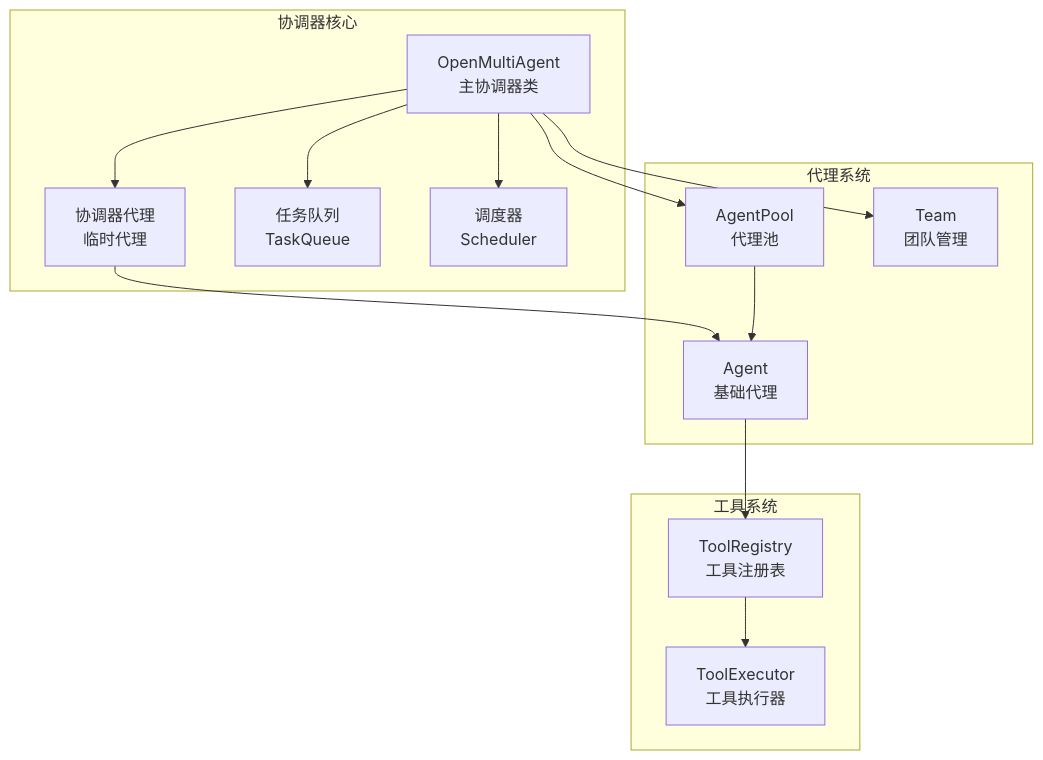
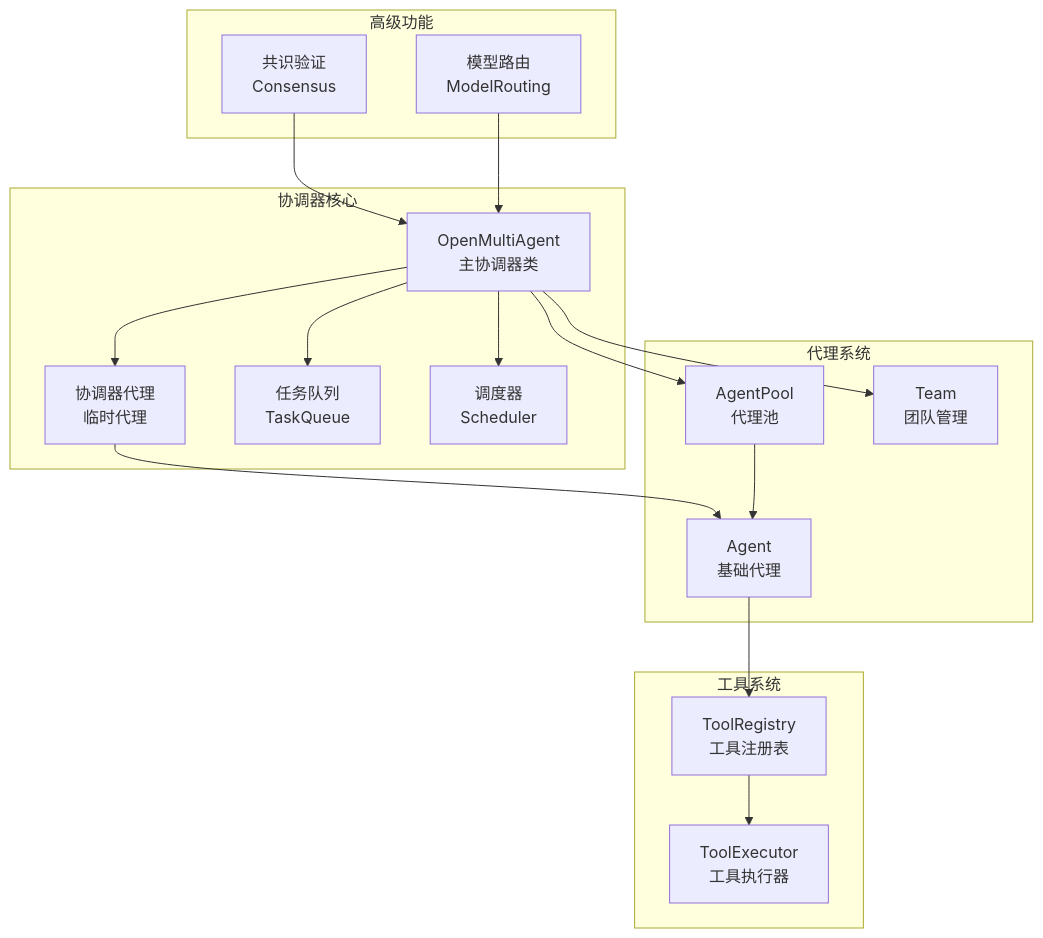
Before and after one commit to haolange/open-multi-agent: the first of 9 diagrams in .qoder/repowiki/zh/content/核心概念/协调器模式.md, drawn with Mermaid. The commit also changed other lines of this file and 7 other files, not shown here.

````diff
--- a/.qoder/repowiki/zh/content/核心概念/协调器模式.md
+++ b/.qoder/repowiki/zh/content/核心概念/协调器模式.md
@@ -40,27 +58,33 @@
 ```mermaid
 graph TB
 subgraph "协调器核心"
 OM[OpenMultiAgent<br/>主协调器类]
 CO[协调器代理<br/>临时代理]
 PQ[任务队列<br/>TaskQueue]
 SCH[调度器<br/>Scheduler]
 end
 subgraph "代理系统"
 AG[Agent<br/>基础代理]
 AP[AgentPool<br/>代理池]
 TM[Team<br/>团队管理]
 end
 subgraph "工具系统"
 TR[ToolRegistry<br/>工具注册表]
 TE[ToolExecutor<br/>工具执行器]
 end
+subgraph "高级功能"
+CN[共识验证<br/>Consensus]
+MR[模型路由<br/>ModelRouting]
+end
 OM --> CO
 OM --> PQ
 OM --> SCH
 OM --> AP
 OM --> TM
 CO --> AG
 AP --> AG
 AG --> TR
 TR --> TE
+CN --> OM
+MR --> OM
 ```
````
